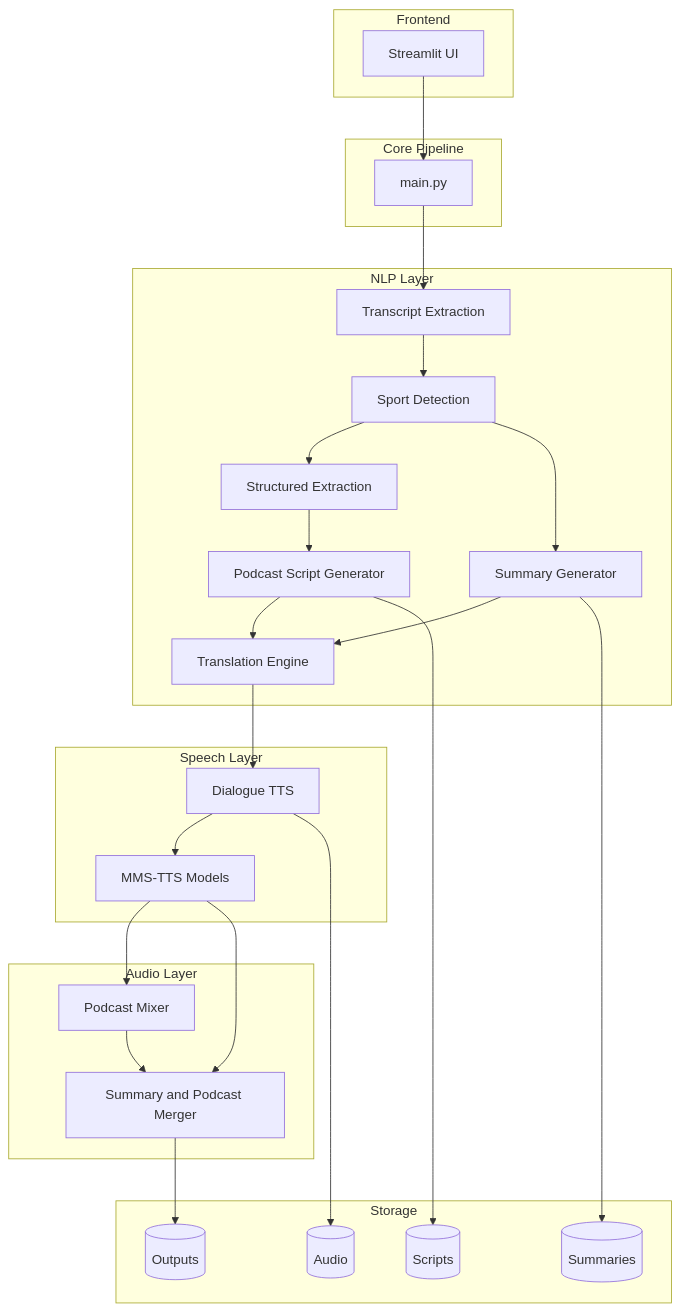
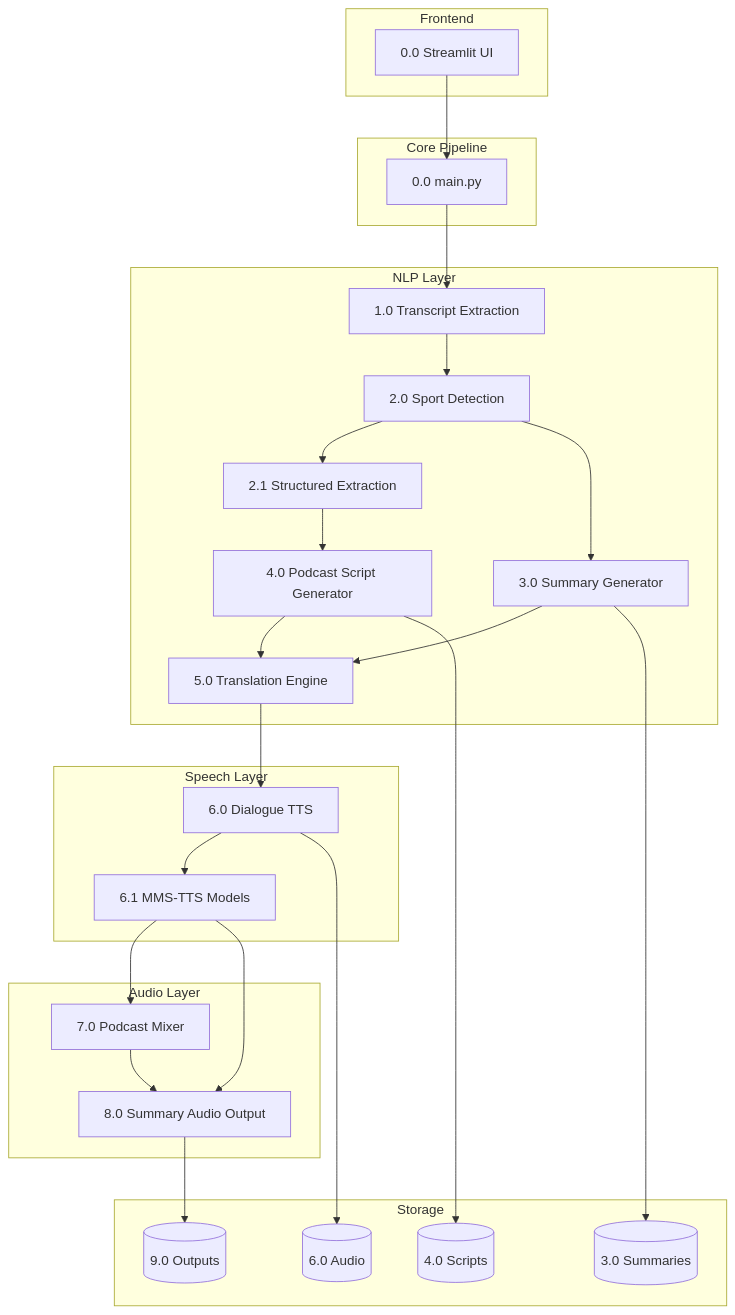
Before and after one commit to sahaniom/Podcast-Generator: the fifth of 9 diagrams in docs/5_dfd.md, drawn with Mermaid. The commit also changed other lines of this file and 6 other files, not shown here.

Commit message:
summary output separated

````diff
--- a/docs/5_dfd.md
+++ b/docs/5_dfd.md
@@ -243,59 +252,59 @@
 ```mermaid
 graph TD
 
     subgraph Frontend
-        A[Streamlit UI]
+        A[0.0 Streamlit UI]
     end
 
     subgraph Core Pipeline
-        B[main.py]
+        B[0.0 main.py]
     end
 
     subgraph NLP Layer
-        C[Transcript Extraction]
-        D[Sport Detection]
-        E[Structured Extraction]
-        F[Summary Generator]
-        G[Podcast Script Generator]
-        H[Translation Engine]
+        C[1.0 Transcript Extraction]
+        D[2.0 Sport Detection]
+        E[2.1 Structured Extraction]
+        F[3.0 Summary Generator]
+        G[4.0 Podcast Script Generator]
+        H[5.0 Translation Engine]
     end
 
     subgraph Speech Layer
-        I[Dialogue TTS]
-        J[MMS-TTS Models]
+        I[6.0 Dialogue TTS]
+        J[6.1 MMS-TTS Models]
     end
 
     subgraph Audio Layer
-        K[Podcast Mixer]
-        L[Summary and Podcast Merger]
+        K[7.0 Podcast Mixer]
+        L[8.0 Summary Audio Output]
     end
 
     subgraph Storage
-        M[(Scripts)]
-        N[(Summaries)]
-        O[(Audio)]
-        P[(Outputs)]
+        M[(4.0 Scripts)]
+        N[(3.0 Summaries)]
+        O[(6.0 Audio)]
+        P[(9.0 Outputs)]
     end
 
     A --> B
 
     B --> C
     C --> D
     D --> E
     D --> F
     E --> G
     F --> H
     G --> H
 
     H --> I
     I --> J
 
     J --> K
     J --> L
     K --> L
 
     F --> N
     G --> M
     I --> O
     L --> P
 ```
````
